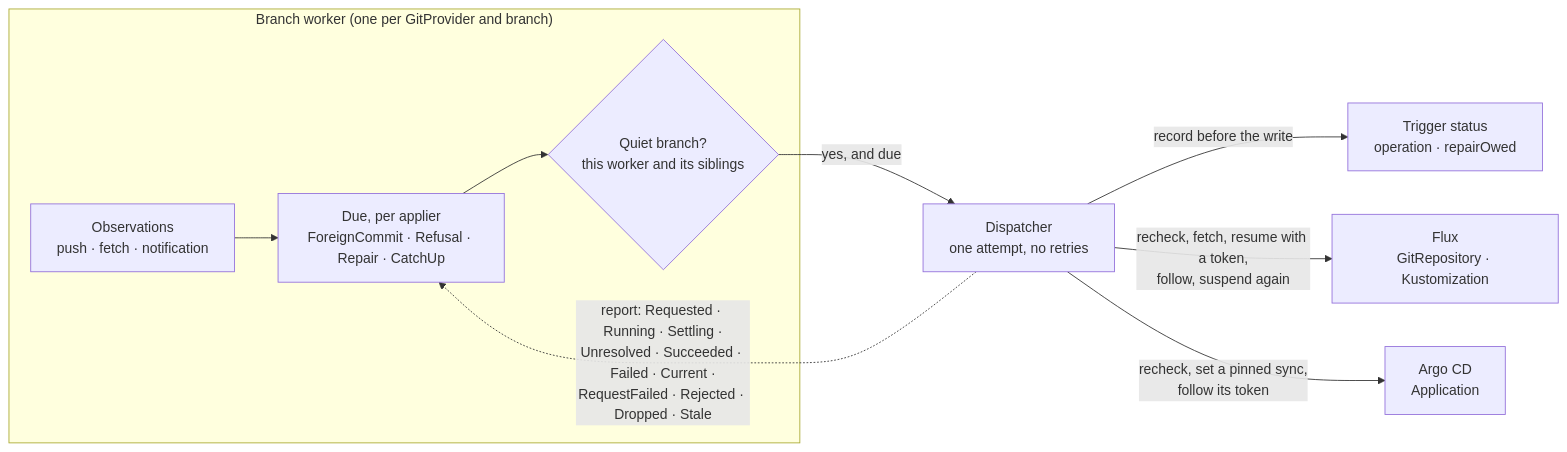
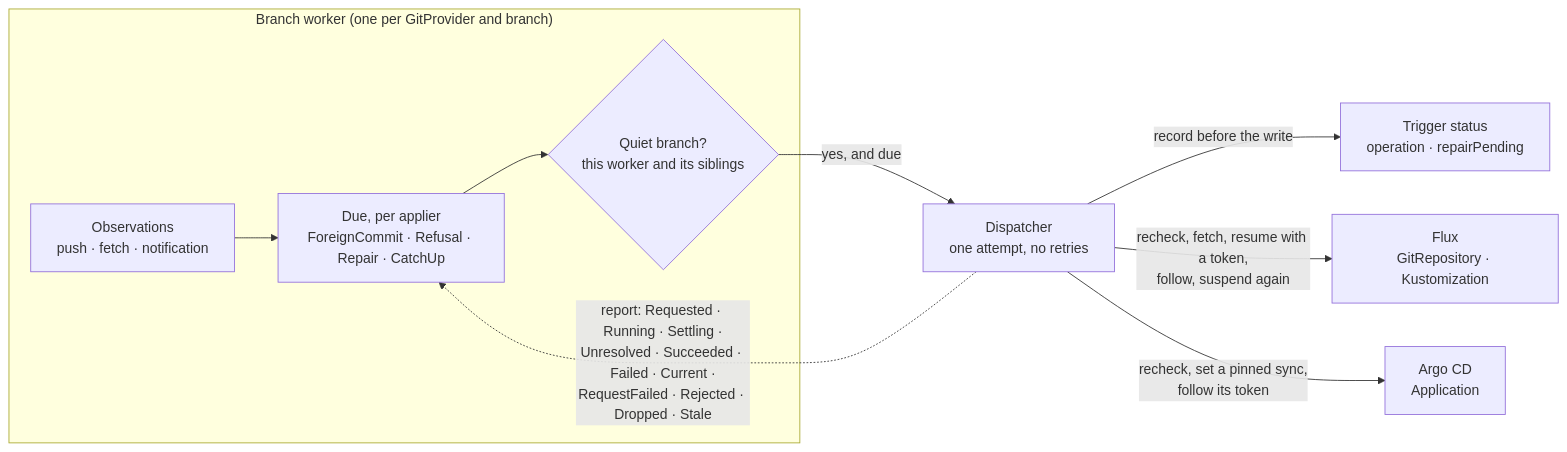
One commit to ConfigButler/gitops-reverser changed the diagram in docs/design/apply-trigger.md. Above: the diagram before and after it, drawn with Mermaid. The commit also changed other lines of this file and 85 other files, not shown here.

First line of the commit message:
refactor: say what is pending instead of what is owed

````diff
--- a/docs/design/apply-trigger.md
+++ b/docs/design/apply-trigger.md
@@ -118,19 +118,19 @@
 ```mermaid
 flowchart LR
     subgraph WORKER["Branch worker (one per GitProvider and branch)"]
         OBS["Observations<br/>push · fetch · notification"]
         DUE["Due, per applier<br/>ForeignCommit · Refusal · Repair · CatchUp"]
         QUIET{"Quiet branch?<br/>this worker and its siblings"}
     end
     EXEC["Dispatcher<br/>one attempt, no retries"]
-    TRIG["Trigger status<br/>operation · repairOwed"]
+    TRIG["Trigger status<br/>operation · repairPending"]
     FLUX["Flux<br/>GitRepository · Kustomization"]
     ARGO["Argo CD<br/>Application"]
 
     OBS --> DUE --> QUIET
     QUIET -- "yes, and due" --> EXEC
     EXEC -- "record before the write" --> TRIG
     EXEC -- "recheck, fetch, resume with a token,<br/>follow, suspend again" --> FLUX
     EXEC -- "recheck, set a pinned sync,<br/>follow its token" --> ARGO
     EXEC -. "report: Requested · Running · Settling ·<br/>Unresolved · Succeeded · Failed · Current ·<br/>RequestFailed · Rejected · Dropped · Stale" .-> DUE
 ```
````
